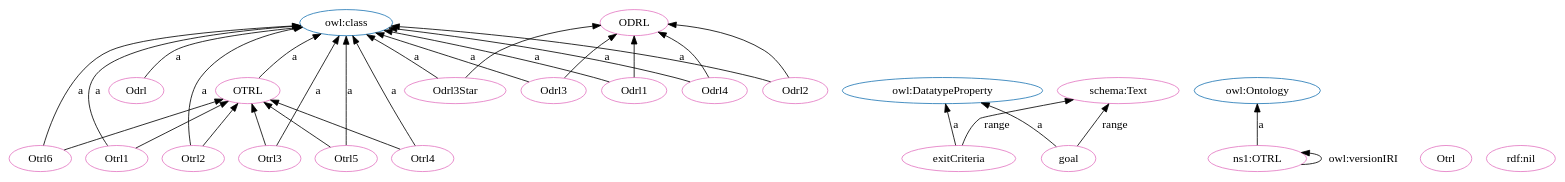
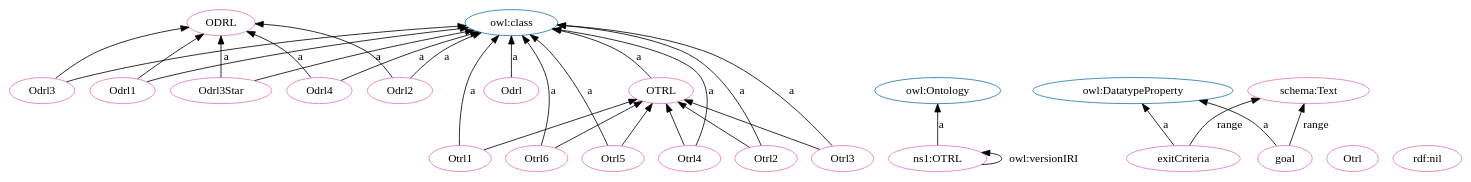
The diagram in OTRL.dot (OPEN-NEXT/OKH-LOSH), drawn with Graphviz before and after one commit. The commit also changed other lines of this file and 15 other files, not shown here.

```diff
--- a/OTRL.dot
+++ b/OTRL.dot
@@ -1,59 +1,59 @@
 digraph G {
   rankdir=BT
   node[height=.3]
-"http://purl.org/oseg/ontologies/OTRL#OTRL" [fillcolor="#1f77b4" color="#1f77b4" label="OTRL"]
 "http://purl.org/oseg/ontologies/OTRL#ODRL" [fillcolor="#1f77b4" color="#1f77b4" label="ODRL"]
-"http://www.w3.org/2002/07/owl#DatatypeProperty" [fillcolor="#1f77b4" color="#1f77b4" label="owl:DatatypeProperty"]
 "http://www.w3.org/2002/07/owl#class" [fillcolor="#1f77b4" color="#1f77b4" label="owl:class"]
 "http://www.w3.org/2002/07/owl#Ontology" [fillcolor="#1f77b4" color="#1f77b4" label="owl:Ontology"]
+"http://www.w3.org/2002/07/owl#DatatypeProperty" [fillcolor="#1f77b4" color="#1f77b4" label="owl:DatatypeProperty"]
+"http://purl.org/oseg/ontologies/OTRL#OTRL" [fillcolor="#1f77b4" color="#1f77b4" label="OTRL"]
+"http://purl.org/oseg/ontologies/OTRL#Odrl" [fillcolor="#e377c2" color="#e377c2" label="Odrl"]
+"http://purl.org/oseg/ontologies/OTRL#ODRL" [fillcolor="#e377c2" color="#e377c2" label="ODRL"]
+"http://purl.org/oseg/ontologies/OTRL#Odrl3" [fillcolor="#e377c2" color="#e377c2" label="Odrl3"]
+"http://purl.org/oseg/ontologies/OTRL#exitCriteria" [fillcolor="#e377c2" color="#e377c2" label="exitCriteria"]
+"http://schema.org/Text" [fillcolor="#e377c2" color="#e377c2" label="schema:Text"]
+"http://purl.org/oseg/ontologies/OTRL#Odrl1" [fillcolor="#e377c2" color="#e377c2" label="Odrl1"]
+"http://purl.org/oseg/ontologies/OTRL#OTRL" [fillcolor="#e377c2" color="#e377c2" label="OTRL"]
+"http://purl.org/oseg/ontologies/OTRL#Otrl1" [fillcolor="#e377c2" color="#e377c2" label="Otrl1"]
+"http://purl.org/oseg/ontologies/OTRL#Otrl" [fillcolor="#e377c2" color="#e377c2" label="Otrl"]
+"http://purl.org/oseg/ontologies/OTRL#Otrl6" [fillcolor="#e377c2" color="#e377c2" label="Otrl6"]
 "http://purl.org/oseg/ontologies/OTRL" [fillcolor="#e377c2" color="#e377c2" label="ns1:OTRL"]
-"http://purl.org/oseg/ontologies/OTRL#ODRL" [fillcolor="#e377c2" color="#e377c2" label="ODRL"]
-"http://purl.org/oseg/ontologies/OTRL#exitCriteria" [fillcolor="#e377c2" color="#e377c2" label="exitCriteria"]
-"http://purl.org/oseg/ontologies/OTRL#OTRL" [fillcolor="#e377c2" color="#e377c2" label="OTRL"]
-"http://schema.org/Text" [fillcolor="#e377c2" color="#e377c2" label="schema:Text"]
-"http://purl.org/oseg/ontologies/OTRL#Odrl3" [fillcolor="#e377c2" color="#e377c2" label="Odrl3"]
-"http://purl.org/oseg/ontologies/OTRL#Otrl" [fillcolor="#e377c2" color="#e377c2" label="Otrl"]
+"http://purl.org/oseg/ontologies/OTRL#Otrl5" [fillcolor="#e377c2" color="#e377c2" label="Otrl5"]
+"http://purl.org/oseg/ontologies/OTRL#Otrl4" [fillcolor="#e377c2" color="#e377c2" label="Otrl4"]
+"http://purl.org/oseg/ontologies/OTRL#Otrl2" [fillcolor="#e377c2" color="#e377c2" label="Otrl2"]
 "http://purl.org/oseg/ontologies/OTRL#Otrl3" [fillcolor="#e377c2" color="#e377c2" label="Otrl3"]
-"http://purl.org/oseg/ontologies/OTRL#Otrl2" [fillcolor="#e377c2" color="#e377c2" label="Otrl2"]
 "http://purl.org/oseg/ontologies/OTRL#Odrl3Star" [fillcolor="#e377c2" color="#e377c2" label="Odrl3Star"]
-"http://purl.org/oseg/ontologies/OTRL#Otrl4" [fillcolor="#e377c2" color="#e377c2" label="Otrl4"]
-"http://purl.org/oseg/ontologies/OTRL#Otrl6" [fillcolor="#e377c2" color="#e377c2" label="Otrl6"]
-"http://purl.org/oseg/ontologies/OTRL#Odrl" [fillcolor="#e377c2" color="#e377c2" label="Odrl"]
-"http://purl.org/oseg/ontologies/OTRL#Otrl1" [fillcolor="#e377c2" color="#e377c2" label="Otrl1"]
+"http://purl.org/oseg/ontologies/OTRL#Odrl4" [fillcolor="#e377c2" color="#e377c2" label="Odrl4"]
+"http://purl.org/oseg/ontologies/OTRL#goal" [fillcolor="#e377c2" color="#e377c2" label="goal"]
 "http://www.w3.org/1999/02/22-rdf-syntax-ns#nil" [fillcolor="#e377c2" color="#e377c2" label="rdf:nil"]
-"http://purl.org/oseg/ontologies/OTRL#Odrl4" [fillcolor="#e377c2" color="#e377c2" label="Odrl4"]
-"http://purl.org/oseg/ontologies/OTRL#Odrl1" [fillcolor="#e377c2" color="#e377c2" label="Odrl1"]
-"http://purl.org/oseg/ontologies/OTRL#Otrl5" [fillcolor="#e377c2" color="#e377c2" label="Otrl5"]
 "http://purl.org/oseg/ontologies/OTRL#Odrl2" [fillcolor="#e377c2" color="#e377c2" label="Odrl2"]
-"http://purl.org/oseg/ontologies/OTRL#goal" [fillcolor="#e377c2" color="#e377c2" label="goal"]
+  "http://purl.org/oseg/ontologies/OTRL#Odrl3" -> "http://purl.org/oseg/ontologies/OTRL#ODRL" [label=""]
+  "http://purl.org/oseg/ontologies/OTRL#Odrl3" -> "http://www.w3.org/2002/07/owl#class" [label="a"]
+  "http://purl.org/oseg/ontologies/OTRL#exitCriteria" -> "http://www.w3.org/2002/07/owl#DatatypeProperty" [label="a"]
+  "http://purl.org/oseg/ontologies/OTRL#Odrl1" -> "http://www.w3.org/2002/07/owl#class" [label="a"]
+  "http://purl.org/oseg/ontologies/OTRL#Otrl1" -> "http://www.w3.org/2002/07/owl#class" [label="a"]
+  "http://purl.org/oseg/ontologies/OTRL#Odrl1" -> "http://purl.org/oseg/ontologies/OTRL#ODRL" [label=""]
+  "http://purl.org/oseg/ontologies/OTRL#Otrl2" -> "http://purl.org/oseg/ontologies/OTRL#OTRL" [label=""]
+  "http://purl.org/oseg/ontologies/OTRL#Otrl5" -> "http://www.w3.org/2002/07/owl#class" [label="a"]
+  "http://purl.org/oseg/ontologies/OTRL#Otrl2" -> "http://www.w3.org/2002/07/owl#class" [label="a"]
+  "http://purl.org/oseg/ontologies/OTRL#exitCriteria" -> "http://schema.org/Text" [label="range"]
+  "http://purl.org/oseg/ontologies/OTRL#Odrl4" -> "http://purl.org/oseg/ontologies/OTRL#ODRL" [label=""]
+  "http://purl.org/oseg/ontologies/OTRL#Odrl3Star" -> "http://www.w3.org/2002/07/owl#class" [label="a"]
+  "http://purl.org/oseg/ontologies/OTRL#Odrl4" -> "http://www.w3.org/2002/07/owl#class" [label="a"]
+  "http://purl.org/oseg/ontologies/OTRL#Otrl5" -> "http://purl.org/oseg/ontologies/OTRL#OTRL" [label=""]
+  "http://purl.org/oseg/ontologies/OTRL#Odrl" -> "http://www.w3.org/2002/07/owl#class" [label="a"]
+  "http://purl.org/oseg/ontologies/OTRL" -> "http://purl.org/oseg/ontologies/OTRL" [label="owl:versionIRI"]
   "http://purl.org/oseg/ontologies/OTRL#Odrl3Star" -> "http://purl.org/oseg/ontologies/OTRL#ODRL" [label=""]
-  "http://purl.org/oseg/ontologies/OTRL" -> "http://purl.org/oseg/ontologies/OTRL" [label="owl:versionIRI"]
-  "http://purl.org/oseg/ontologies/OTRL#exitCriteria" -> "http://www.w3.org/2002/07/owl#DatatypeProperty" [label="a"]
-  "http://purl.org/oseg/ontologies/OTRL#Otrl2" -> "http://purl.org/oseg/ontologies/OTRL#OTRL" [label=""]
+  "http://purl.org/oseg/ontologies/OTRL#goal" -> "http://schema.org/Text" [label="range"]
+  "http://purl.org/oseg/ontologies/OTRL#Otrl1" -> "http://purl.org/oseg/ontologies/OTRL#OTRL" [label=""]
+  "http://purl.org/oseg/ontologies/OTRL#Otrl6" -> "http://purl.org/oseg/ontologies/OTRL#OTRL" [label=""]
+  "http://purl.org/oseg/ontologies/OTRL#OTRL" -> "http://www.w3.org/2002/07/owl#class" [label="a"]
+  "http://purl.org/oseg/ontologies/OTRL#Otrl6" -> "http://www.w3.org/2002/07/owl#class" [label="a"]
+  "http://purl.org/oseg/ontologies/OTRL" -> "http://www.w3.org/2002/07/owl#Ontology" [label="a"]
+  "http://purl.org/oseg/ontologies/OTRL#Otrl4" -> "http://www.w3.org/2002/07/owl#class" [label="a"]
+  "http://purl.org/oseg/ontologies/OTRL#Otrl3" -> "http://www.w3.org/2002/07/owl#class" [label="a"]
+  "http://purl.org/oseg/ontologies/OTRL#Otrl4" -> "http://purl.org/oseg/ontologies/OTRL#OTRL" [label=""]
+  "http://purl.org/oseg/ontologies/OTRL#goal" -> "http://www.w3.org/2002/07/owl#DatatypeProperty" [label="a"]
   "http://purl.org/oseg/ontologies/OTRL#Otrl3" -> "http://purl.org/oseg/ontologies/OTRL#OTRL" [label=""]
-  "http://purl.org/oseg/ontologies/OTRL#Otrl4" -> "http://purl.org/oseg/ontologies/OTRL#OTRL" [label=""]
-  "http://purl.org/oseg/ontologies/OTRL#Otrl1" -> "http://purl.org/oseg/ontologies/OTRL#OTRL" [label=""]
-  "http://purl.org/oseg/ontologies/OTRL#Odrl3" -> "http://www.w3.org/2002/07/owl#class" [label="a"]
-  "http://purl.org/oseg/ontologies/OTRL#Otrl3" -> "http://www.w3.org/2002/07/owl#class" [label="a"]
-  "http://purl.org/oseg/ontologies/OTRL#Otrl5" -> "http://purl.org/oseg/ontologies/OTRL#OTRL" [label=""]
-  "http://purl.org/oseg/ontologies/OTRL#Odrl3Star" -> "http://www.w3.org/2002/07/owl#class" [label="a"]
-  "http://purl.org/oseg/ontologies/OTRL#Otrl6" -> "http://www.w3.org/2002/07/owl#class" [label="a"]
-  "http://purl.org/oseg/ontologies/OTRL#goal" -> "http://schema.org/Text" [label="range"]
-  "http://purl.org/oseg/ontologies/OTRL#Odrl1" -> "http://www.w3.org/2002/07/owl#class" [label="a"]
+  "http://purl.org/oseg/ontologies/OTRL#Odrl2" -> "http://purl.org/oseg/ontologies/OTRL#ODRL" [label=""]
   "http://purl.org/oseg/ontologies/OTRL#Odrl2" -> "http://www.w3.org/2002/07/owl#class" [label="a"]
-  "http://purl.org/oseg/ontologies/OTRL#Odrl1" -> "http://purl.org/oseg/ontologies/OTRL#ODRL" [label=""]
-  "http://purl.org/oseg/ontologies/OTRL#Odrl2" -> "http://purl.org/oseg/ontologies/OTRL#ODRL" [label=""]
-  "http://purl.org/oseg/ontologies/OTRL#goal" -> "http://www.w3.org/2002/07/owl#DatatypeProperty" [label="a"]
-  "http://purl.org/oseg/ontologies/OTRL#Odrl3" -> "http://purl.org/oseg/ontologies/OTRL#ODRL" [label=""]
-  "http://purl.org/oseg/ontologies/OTRL" -> "http://www.w3.org/2002/07/owl#Ontology" [label="a"]
-  "http://purl.org/oseg/ontologies/OTRL#Otrl6" -> "http://purl.org/oseg/ontologies/OTRL#OTRL" [label=""]
-  "http://purl.org/oseg/ontologies/OTRL#exitCriteria" -> "http://schema.org/Text" [label="range"]
-  "http://purl.org/oseg/ontologies/OTRL#Otrl2" -> "http://www.w3.org/2002/07/owl#class" [label="a"]
-  "http://purl.org/oseg/ontologies/OTRL#Otrl4" -> "http://www.w3.org/2002/07/owl#class" [label="a"]
-  "http://purl.org/oseg/ontologies/OTRL#Otrl1" -> "http://www.w3.org/2002/07/owl#class" [label="a"]
-  "http://purl.org/oseg/ontologies/OTRL#Odrl" -> "http://www.w3.org/2002/07/owl#class" [label="a"]
-  "http://purl.org/oseg/ontologies/OTRL#Odrl4" -> "http://www.w3.org/2002/07/owl#class" [label="a"]
-  "http://purl.org/oseg/ontologies/OTRL#Odrl4" -> "http://purl.org/oseg/ontologies/OTRL#ODRL" [label=""]
-  "http://purl.org/oseg/ontologies/OTRL#Otrl5" -> "http://www.w3.org/2002/07/owl#class" [label="a"]
-  "http://purl.org/oseg/ontologies/OTRL#OTRL" -> "http://www.w3.org/2002/07/owl#class" [label="a"]
 }
```
